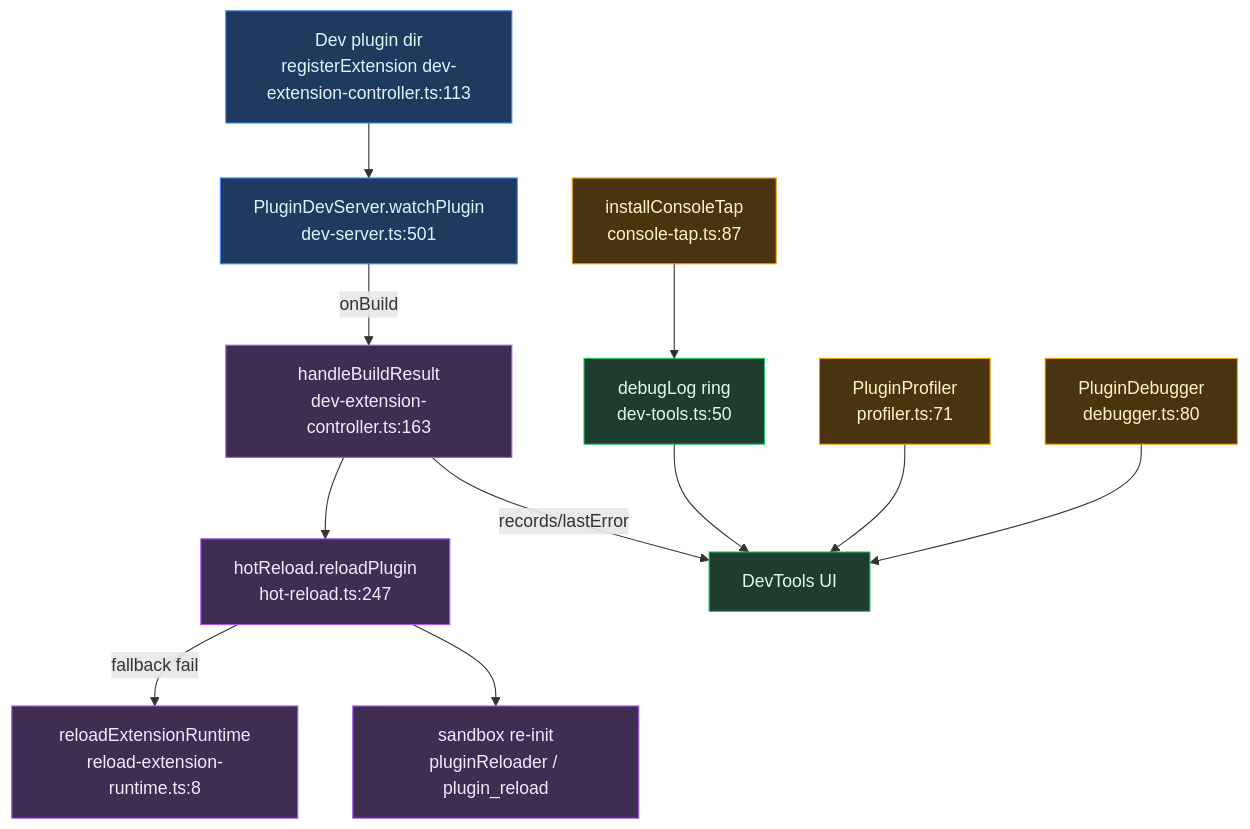
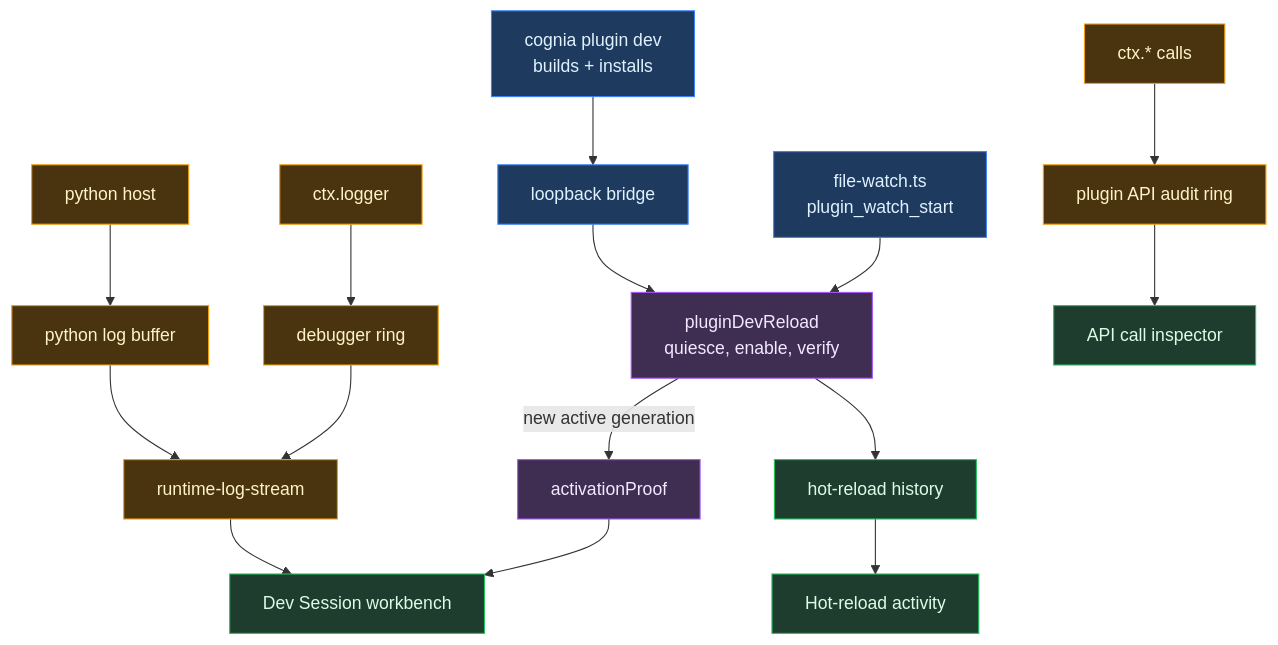
The second of 2 diagrams in docs/content/docs/en/subsystems/plugin-system/dexie-and-devtools.mdx (MaxQian888/cognia-next), drawn with Mermaid before and after one commit. The commit also changed other lines of this file and 30 other files, not shown here.

First line of the commit message:
feat(plugins): make a development build look like one, and act on a dirty runtime

````diff
--- a/docs/content/docs/en/subsystems/plugin-system/dexie-and-devtools.mdx
+++ b/docs/content/docs/en/subsystems/plugin-system/dexie-and-devtools.mdx
@@ -223,22 +196,26 @@
 ```mermaid
 flowchart TD
-  DIR["Dev plugin dir<br/>registerExtension dev-extension-controller.ts:113"] --> DS["PluginDevServer.watchPlugin<br/>dev-server.ts:501"]
-  DS --"onBuild"--> CTRL["handleBuildResult<br/>dev-extension-controller.ts:163"]
-  CTRL --> HR["hotReload.reloadPlugin<br/>hot-reload.ts:247"]
-  HR --"fallback fail"--> RE["reloadExtensionRuntime<br/>reload-extension-runtime.ts:8"]
-  HR --> SBX["sandbox re-init<br/>pluginReloader / plugin_reload"]
-  TAP["installConsoleTap<br/>console-tap.ts:87"] --> RING["debugLog ring<br/>dev-tools.ts:50"]
-  PROF["PluginProfiler<br/>profiler.ts:71"] --> UI["DevTools UI"]
-  DBG["PluginDebugger<br/>debugger.ts:80"] --> UI
-  RING --> UI
-  CTRL --"records/lastError"--> UI
+  CLI["cognia plugin dev<br/>builds + installs"] --> BR["loopback bridge"]
+  WATCH["file-watch.ts<br/>plugin_watch_start"] --> RELOAD
+  BR --> RELOAD["pluginDevReload<br/>quiesce, enable, verify"]
+  RELOAD --"new active generation"--> PROOF["activationProof"]
+  RELOAD --> HIST["hot-reload history"]
+  PROOF --> WB["Dev Session workbench"]
+  HIST --> DIAG["Hot-reload activity"]
+  LOGGER["ctx.logger"] --> RING["debugger ring"]
+  PYHOST["python host"] --> PYBUF["python log buffer"]
+  RING --> STREAM["runtime-log-stream"]
+  PYBUF --> STREAM
+  STREAM --> WB
+  CTX["ctx.* calls"] --> AUDIT["plugin API audit ring"]
+  AUDIT --> API["API call inspector"]
 
   classDef dev fill:#1e3a5f,stroke:#3b82f6,color:#e0f2fe
   classDef reload fill:#3f2d52,stroke:#a855f7,color:#f3e8ff
   classDef instrument fill:#4a3410,stroke:#f59e0b,color:#fef3c7
   classDef sink fill:#1f3d2e,stroke:#22c55e,color:#dcfce7
-  class DIR,DS dev
-  class CTRL,HR,RE,SBX reload
-  class TAP,PROF,DBG instrument
-  class RING,UI sink
+  class CLI,BR,WATCH dev
+  class RELOAD,PROOF reload
+  class LOGGER,PYHOST,RING,PYBUF,STREAM,CTX,AUDIT instrument
+  class WB,DIAG,API,HIST sink
 ```
````
